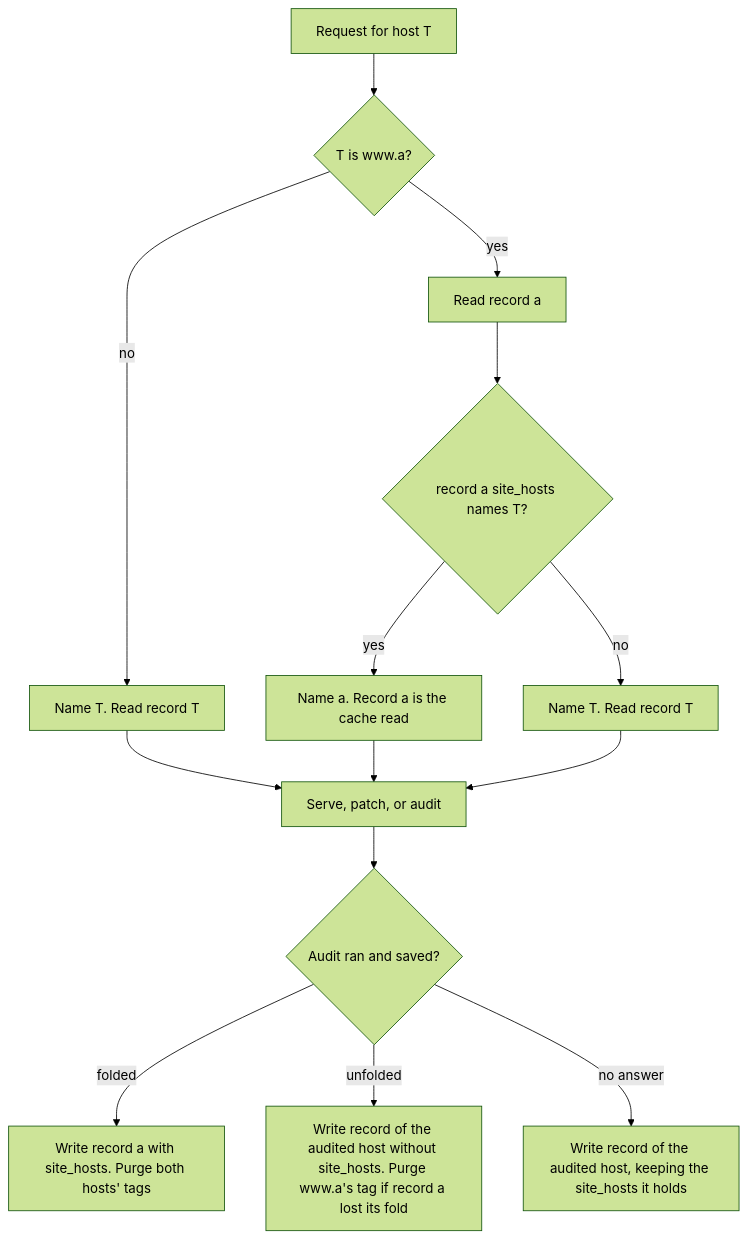
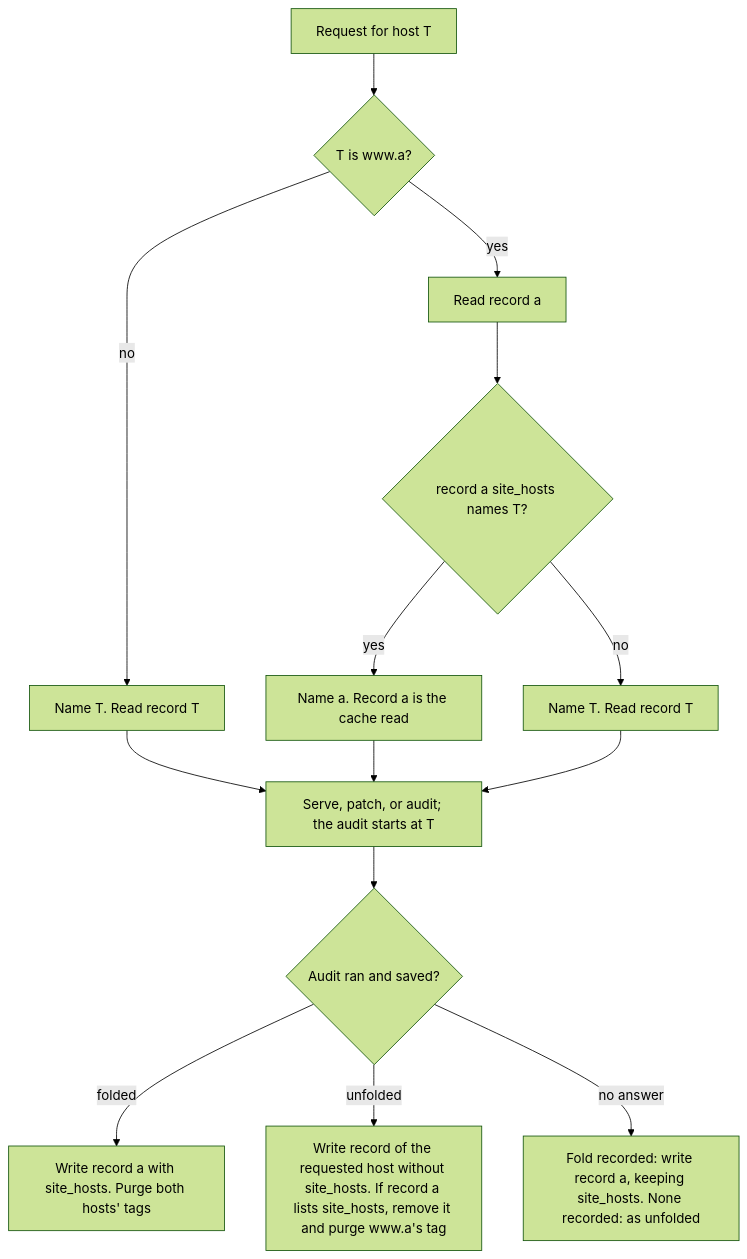
Before and after one commit to brettdavies/agentnative-site: the second of 2 diagrams in docs/plans/2026-11-10-1608-feat-www-apex-site-fold-plan.md, drawn with Mermaid (forest theme). The commit also changed other lines of this file, not shown here.

First line of the commit message:
docs(plans): fold the doc review and owner answers into the fold plan

````diff
--- a/docs/plans/2026-11-10-1608-feat-www-apex-site-fold-plan.md
+++ b/docs/plans/2026-11-10-1608-feat-www-apex-site-fold-plan.md
@@ -164,16 +166,16 @@
 ```mermaid
 flowchart TB
   Q[Request for host T] --> W{T is www.a?}
   W -->|no| K[Name T. Read record T]
   W -->|yes| RA[Read record a]
   RA --> FA{record a site_hosts names T?}
   FA -->|yes| KA[Name a. Record a is the cache read]
   FA -->|no| KT[Name T. Read record T]
-  K --> T1[Serve, patch, or audit]
+  K --> T1[Serve, patch, or audit; the audit starts at T]
   KA --> T1
   KT --> T1
   T1 --> C{Audit ran and saved?}
   C -->|folded| WA[Write record a with site_hosts. Purge both hosts' tags]
-  C -->|unfolded| WT[Write record of the audited host without site_hosts. Purge www.a's tag if record a lost its fold]
-  C -->|no answer| WN[Write record of the audited host, keeping the site_hosts it holds]
+  C -->|unfolded| WT[Write record of the requested host without site_hosts. If record a lists site_hosts, remove it and purge www.a's tag]
+  C -->|no answer| WN[Fold recorded: write record a, keeping site_hosts. None recorded: as unfolded]
 ```
````
